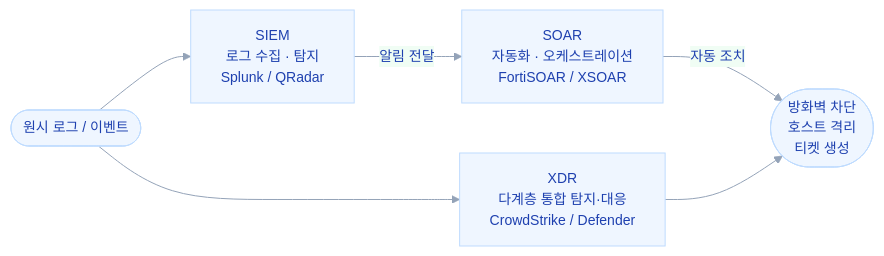
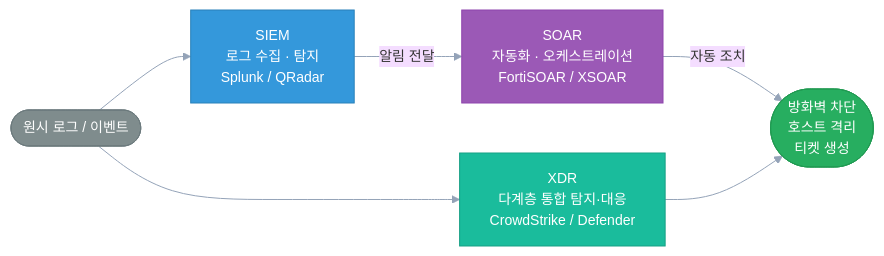
One commit to leekh8/leekh8.github.io changed the second of 3 diagrams in contents/posts/Security/what-is-soar/index.md. Above: the diagram before and after it, drawn with Mermaid. The commit also changed other lines of this file, not shown here.

Commit message:
fix: mermaid br 태그 및 노드 색상 구분 개선

````diff
--- a/contents/posts/Security/what-is-soar/index.md
+++ b/contents/posts/Security/what-is-soar/index.md
@@ -175,25 +174,16 @@
 ```mermaid
-%%{init: {
-  'theme': 'base',
-  'themeVariables': {
-    'primaryColor': '#EFF6FF',
-    'primaryTextColor': '#1E40AF',
-    'primaryBorderColor': '#BFDBFE',
-    'lineColor': '#94A3B8',
-    'secondaryColor': '#F0FDF4',
-    'secondaryTextColor': '#166534',
-    'secondaryBorderColor': '#BBF7D0',
-    'tertiaryColor': '#FAF5FF',
-    'tertiaryTextColor': '#6B21A8',
-    'tertiaryBorderColor': '#E9D5FF',
-    'fontSize': '14px'
-  }
-}}%%
+%%{init: {'theme': 'base', 'themeVariables': {'fontSize': '14px', 'lineColor': '#94A3B8'}}}%%
 graph LR
-    RAW([원시 로그 / 이벤트])
-    RAW --> SIEM[SIEM\n로그 수집 · 탐지\nSplunk / QRadar]
-    SIEM -->|알림 전달| SOAR[SOAR\n자동화 · 오케스트레이션\nFortiSOAR / XSOAR]
-    SOAR -->|자동 조치| ACTION([방화벽 차단\n호스트 격리\n티켓 생성])
-    RAW --> XDR[XDR\n다계층 통합 탐지·대응\nCrowdStrike / Defender]
+    RAW(["원시 로그 / 이벤트"])
+    RAW --> SIEM["SIEM<br/>로그 수집 · 탐지<br/>Splunk / QRadar"]
+    SIEM -->|"알림 전달"| SOAR["SOAR<br/>자동화 · 오케스트레이션<br/>FortiSOAR / XSOAR"]
+    SOAR -->|"자동 조치"| ACTION(["방화벽 차단<br/>호스트 격리<br/>티켓 생성"])
+    RAW --> XDR["XDR<br/>다계층 통합 탐지·대응<br/>CrowdStrike / Defender"]
     XDR --> ACTION
+
+    style RAW fill:#7f8c8d,color:#fff,stroke:#6c7a7d
+    style SIEM fill:#3498db,color:#fff,stroke:#2980b9
+    style SOAR fill:#9b59b6,color:#fff,stroke:#8e44ad
+    style XDR fill:#1abc9c,color:#fff,stroke:#16a085
+    style ACTION fill:#27ae60,color:#fff,stroke:#219a52
 ```
````
